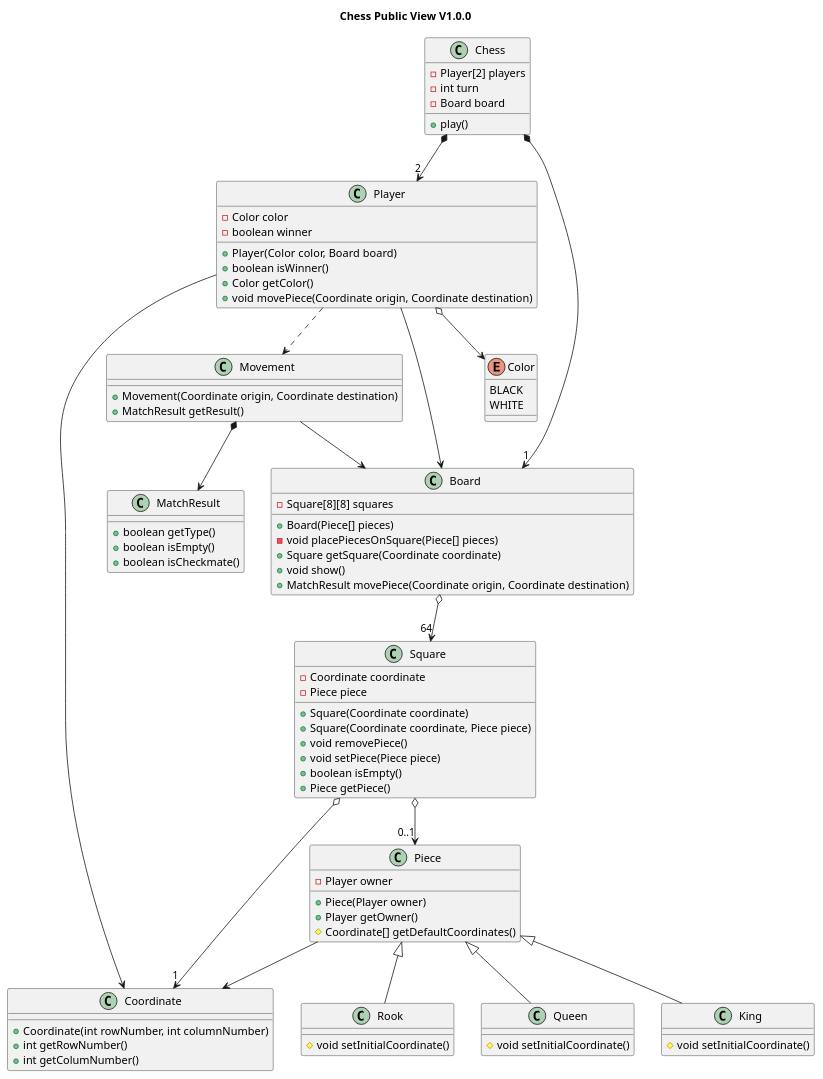
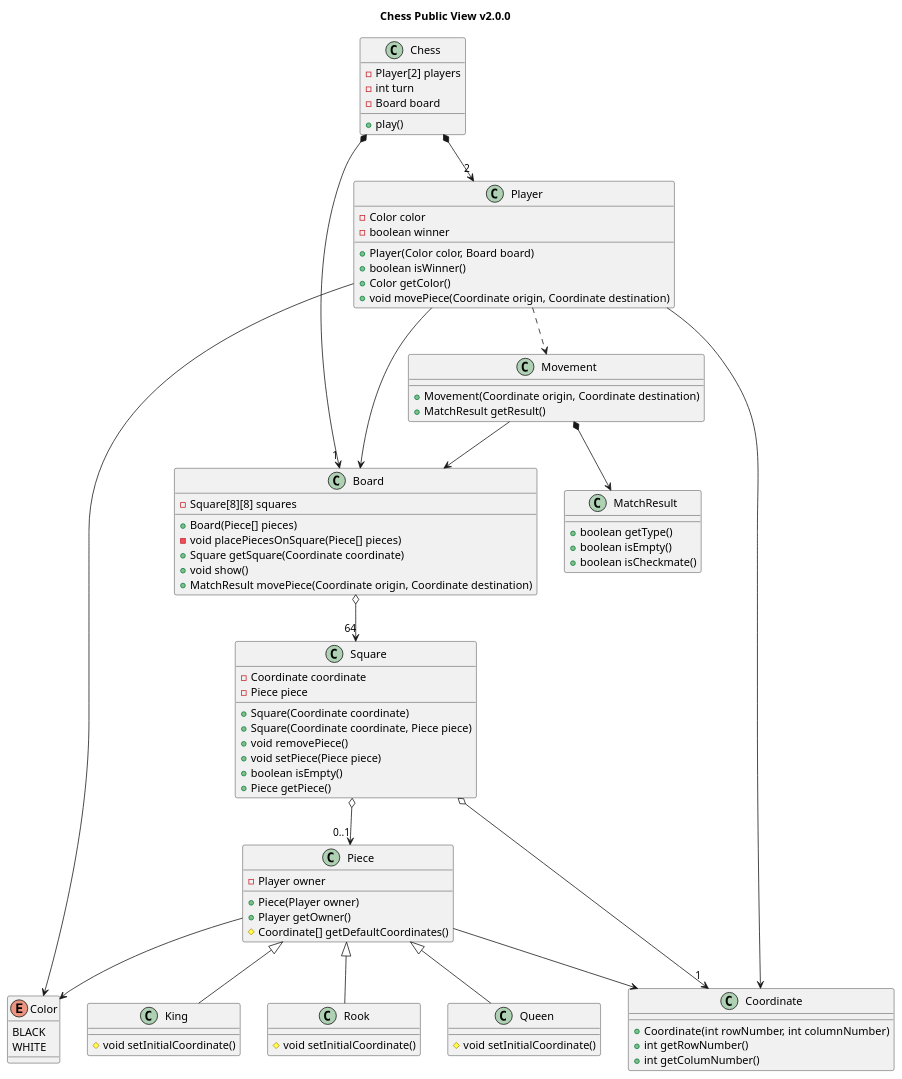
The diagram in chess-publicview.puml (Master-Desarrollo-20-21/ejercicio-4-ajedrez-polimorfismo-kodenix), drawn with PlantUML before and after one commit. The commit also changed 6 other files, not shown here.

Commit message:
Fix relations between Player - Color and Piece - Color on diagram. Fix Movement relations on domain model diagram. Refactorized code

```diff
--- a/chess-publicview.puml
+++ b/chess-publicview.puml
@@ -1,110 +1,111 @@
-@startuml ChessPublicView_v1
+@startuml ChessPublicView_v2_0_0
 
-	title Chess Public View V1.0.0
+	title Chess Public View v2.0.0
 
 	class Chess {
 		-Player[2] players
 		-int turn
 		-Board board
 		+play()
 	}
 
 	/'class Turn {
 		-int currentPlayer;
 		+Turn()
 		+void next()
 		+int getCurrentPLayerNumber()
 	}'/
 
 	class Player {
 		-Color color
 		-boolean winner
 		+Player(Color color, Board board)
 		+boolean isWinner()
 		+Color getColor()
 		+void movePiece(Coordinate origin, Coordinate destination)
 	}
 
 	enum Color {
 		BLACK
 		WHITE
 	}
 
 	class Board {
 		-Square[8][8] squares
 		+Board(Piece[] pieces)
 		-void placePiecesOnSquare(Piece[] pieces)
 		+Square getSquare(Coordinate coordinate)
 		+void show()
 		+MatchResult movePiece(Coordinate origin, Coordinate destination)
 	}
 
 	class Piece {
 		-Player owner
 		+Piece(Player owner)
 		+Player getOwner()
 		#Coordinate[] getDefaultCoordinates()
 	}
 
 	class King extends Piece {
 		#void setInitialCoordinate()
 	}
 
 	class Rook extends Piece {
 		#void setInitialCoordinate()
 	}
 
 	class Queen extends Piece {
 		#void setInitialCoordinate()
 	}
 
 	class Coordinate {
 		+Coordinate(int rowNumber, int columnNumber)
 		+int getRowNumber()
 		+int getColumNumber()
 	}
 
 	class Square {
 		-Coordinate coordinate
 		-Piece piece
 		+Square(Coordinate coordinate)
 		+Square(Coordinate coordinate, Piece piece)
 		+void removePiece()
 		+void setPiece(Piece piece)
 		+boolean isEmpty()
 		+Piece getPiece()
 	}
 
 	class Movement {
 		+Movement(Coordinate origin, Coordinate destination)
 		+MatchResult getResult()
 	}
 
 	class MatchResult {
 		+boolean getType()
 		+boolean isEmpty()
 		+boolean isCheckmate()
 	}
 
 	
 
 
 	Chess *--> "1" Board
 	'Chess *--> "1" Turn
 	Chess *--> "2" Player
 
 	Player --> Board
-	Player o--> Color
+	Player --> Color
+	Piece --> Color
 	Player --> Coordinate
 	Board o--> "64" Square
 	Square o--> "0..1" Piece
 	Square o--> "1" Coordinate
 	Piece --> Coordinate
 	Player ..> Movement
 	Movement *--> MatchResult
 	Movement --> Board
 
 
 	
 
 @enduml
```
